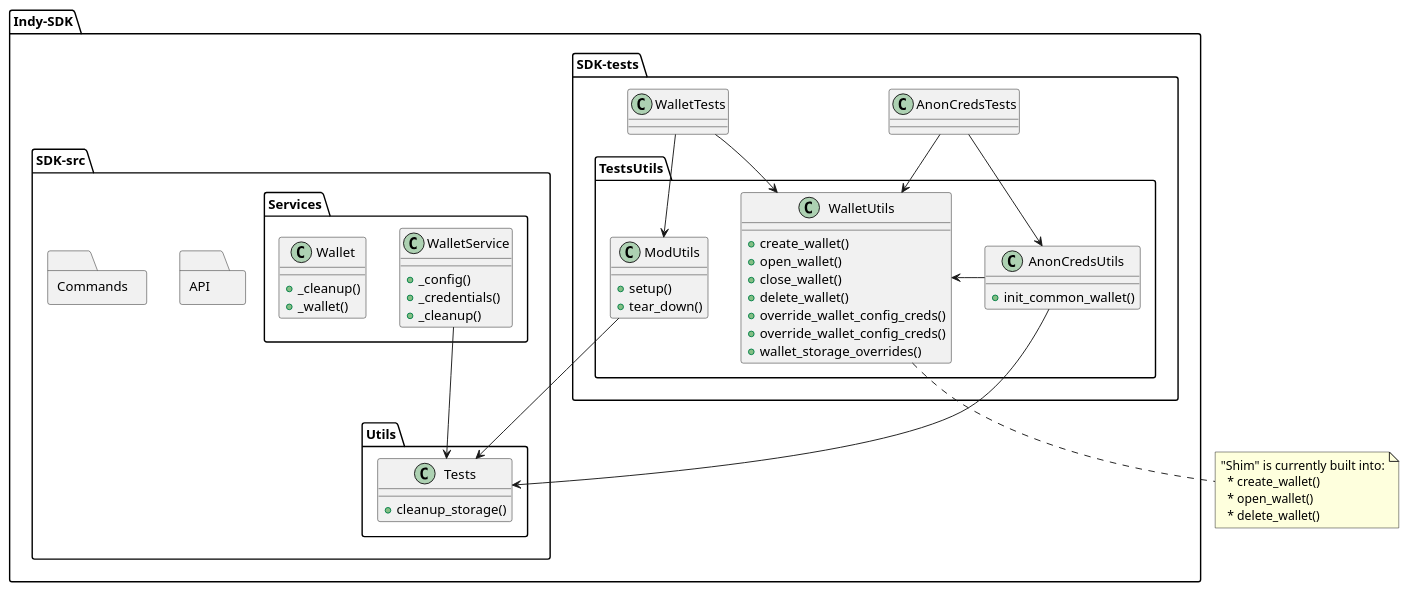
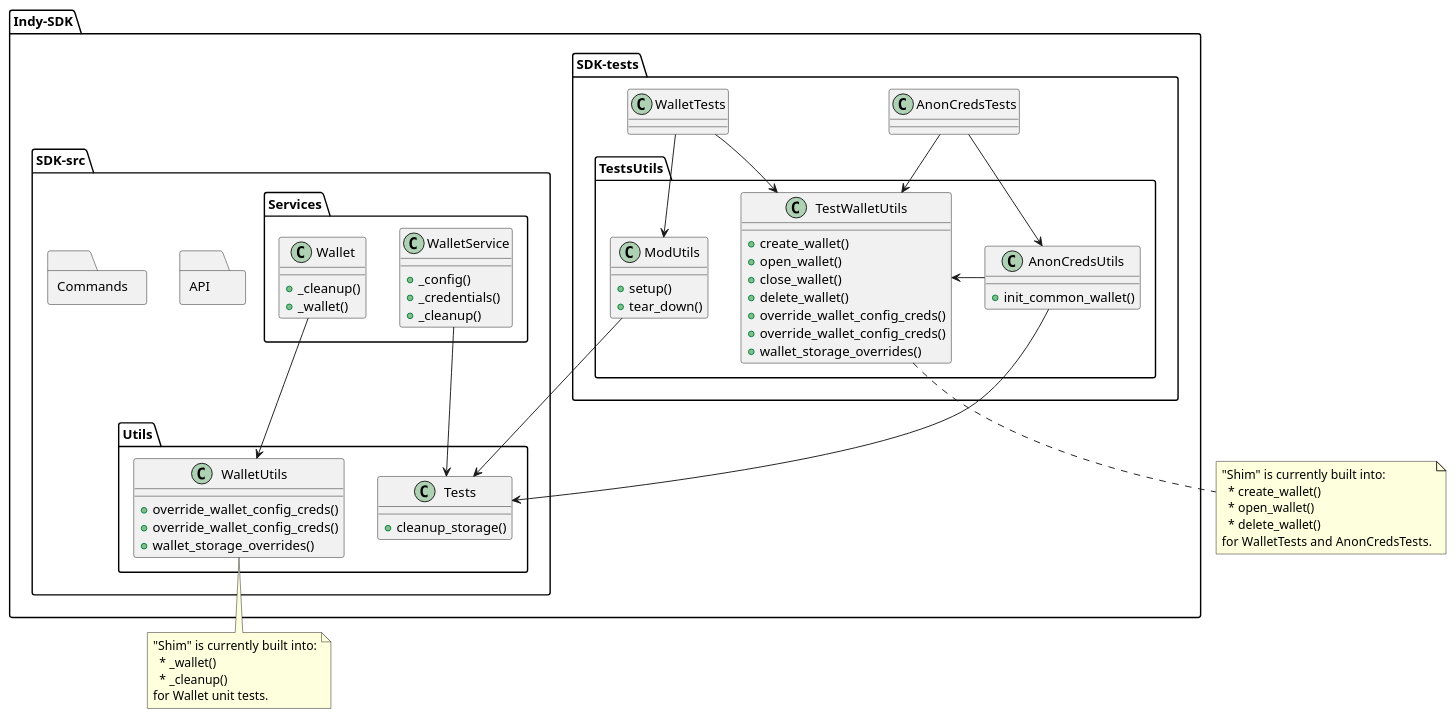
The diagram in text/postgres-storage-plugin/design/sdk-storage-testing.puml (hyperledger/indy-hipe), drawn with PlantUML before and after one commit. The commit also changed 4 other files, not shown here.

Commit message:
Updated README and added design diagrams

```diff
--- a/text/postgres-storage-plugin/design/sdk-storage-testing.puml
+++ b/text/postgres-storage-plugin/design/sdk-storage-testing.puml
@@ -1,70 +1,84 @@
 @startuml
 
 package Indy-SDK <<Folder >> {
 
   package SDK-tests <<Folder>> {
     class AnonCredsTests {
     }
     class WalletTests {
     }
     package TestsUtils {
       class AnonCredsUtils {
         +init_common_wallet()
       }
-      class WalletUtils {
+      class TestWalletUtils {
         +create_wallet()
         +open_wallet()
         +close_wallet()
         +delete_wallet()
         +override_wallet_config_creds()
         +override_wallet_config_creds()
         +wallet_storage_overrides()
       }
       class ModUtils {
         +setup()
         +tear_down()
       }
     }
   }
 
   package SDK-src <<Folder>> {
     package API <<Folder>> {
     }
     package Commands <<Folder>> {
     }
     package Services <<Folder>> {
       class WalletService {
         +_config()
         +_credentials()
         +_cleanup()
       }
       class Wallet {
         +_cleanup()
         +_wallet()
       }
     }
     package Utils <<Folder>> {
+      class WalletUtils {
+        +override_wallet_config_creds()
+        +override_wallet_config_creds()
+        +wallet_storage_overrides()
+      }
       class Tests {
         +cleanup_storage()
       }
     }
   }
 }
 
 AnonCredsTests --> AnonCredsUtils
-AnonCredsTests --> WalletUtils
+AnonCredsTests --> TestWalletUtils
 AnonCredsUtils -down-> Tests
-AnonCredsUtils -right-> WalletUtils
-WalletTests -down-> WalletUtils
+AnonCredsUtils -right-> TestWalletUtils
+WalletTests -down-> TestWalletUtils
 WalletTests -down-> ModUtils
 ModUtils -down-> Tests
+Wallet -down-> WalletUtils
 WalletService -down-> Tests
 
-note bottom of WalletUtils
+note bottom of TestWalletUtils
 "Shim" is currently built into:
   * create_wallet()
   * open_wallet()
   * delete_wallet()
+for WalletTests and AnonCredsTests.
+end note
+
+note bottom of WalletUtils
+"Shim" is currently built into:
+  * _wallet()
+  * _cleanup()
+for Wallet unit tests.
 end note
 
 @enduml
```
